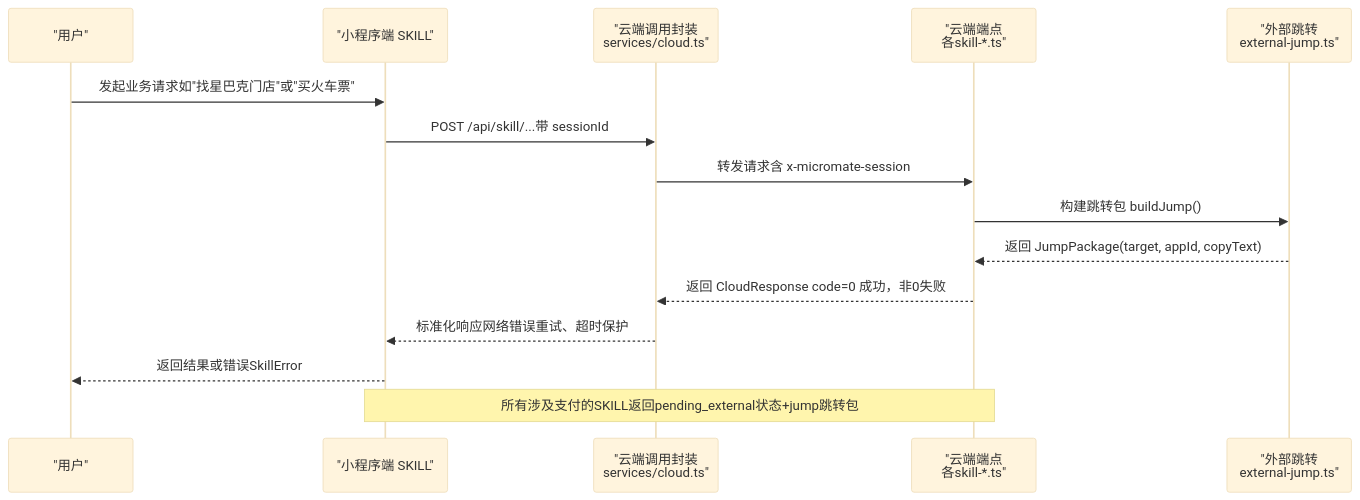
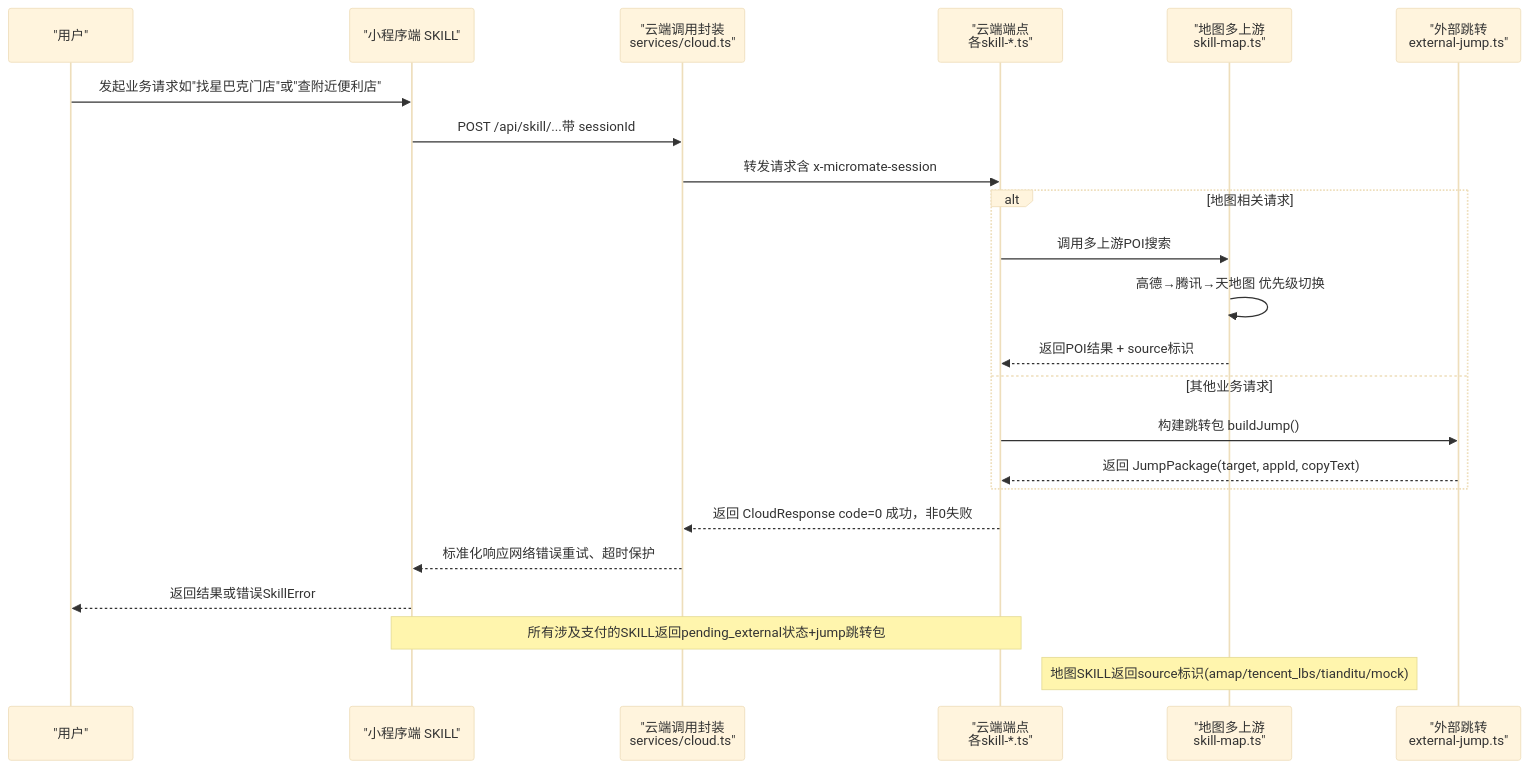
Before and after one commit to Ichi-Hackton/WAIC-WeChat-MiniProgram: the second of 9 diagrams in .qoder/repowiki/zh/content/SKILL系统/内置SKILL/内置SKILL.md, drawn with Mermaid (base theme). The commit also changed other lines of this file and 28 other files, not shown here.

````diff
--- a/.qoder/repowiki/zh/content/SKILL系统/内置SKILL/内置SKILL.md
+++ b/.qoder/repowiki/zh/content/SKILL系统/内置SKILL/内置SKILL.md
@@ -170,17 +184,25 @@
 ```mermaid
 sequenceDiagram
 participant U as "用户"
 participant S as "小程序端 SKILL"
 participant C as "云端调用封装<br/>services/cloud.ts"
 participant R as "云端端点<br/>各skill-*.ts"
+participant M as "地图多上游<br/>skill-map.ts"
 participant J as "外部跳转<br/>external-jump.ts"
-U->>S : 发起业务请求如"找星巴克门店"或"买火车票"
+U->>S : 发起业务请求如"找星巴克门店"或"查附近便利店"
 S->>C : POST /api/skill/...带 sessionId
 C->>R : 转发请求含 x-micromate-session
+alt 地图相关请求
+R->>M : 调用多上游POI搜索
+M->>M : 高德→腾讯→天地图 优先级切换
+M-->>R : 返回POI结果 + source标识
+else 其他业务请求
 R->>J : 构建跳转包 buildJump()
 J-->>R : 返回 JumpPackage(target, appId, copyText)
+end
 R-->>C : 返回 CloudResponse code=0 成功，非0失败
 C-->>S : 标准化响应网络错误重试、超时保护
 S-->>U : 返回结果或错误SkillError
 Note over S,R : 所有涉及支付的SKILL返回pending_external状态+jump跳转包
+Note over M : 地图SKILL返回source标识(amap/tencent_lbs/tianditu/mock)
 ```
````
